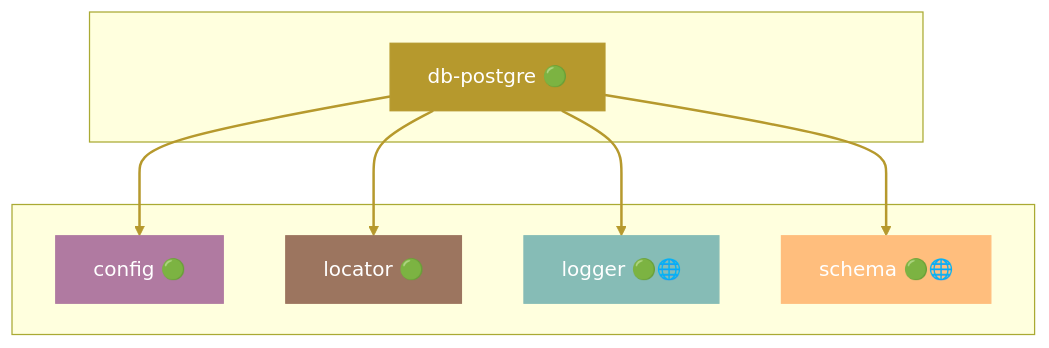
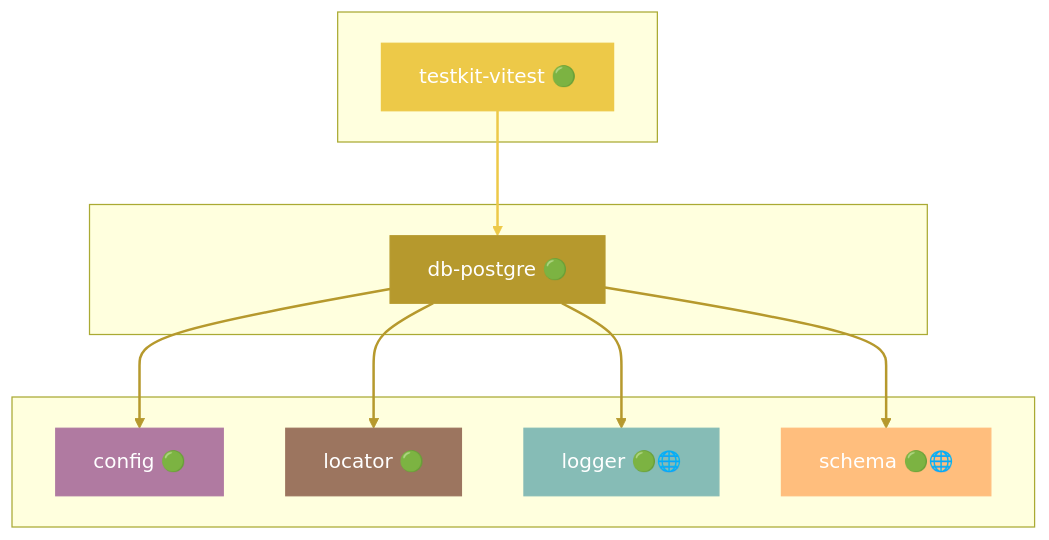
Diagram 14 of 46 in docs/DEPENDENCIES.md (grest-ts/grest-ts), drawn with Mermaid before and after one commit. The commit also changed other lines of this file and 6 other files, not shown here.

````diff
--- a/docs/DEPENDENCIES.md
+++ b/docs/DEPENDENCIES.md
@@ -823,25 +845,31 @@
 ```mermaid
 flowchart TB
+    subgraph Dependents[" "]
+        testkit-vitest["testkit-vitest 🟢"]
+    end
     subgraph Package[" "]
         db-postgre["db-postgre 🟢"]
     end
     subgraph Dependencies[" "]
         config["config 🟢"]
         locator["locator 🟢"]
         logger["logger 🟢🌐"]
         schema["schema 🟢🌐"]
     end
+    testkit-vitest --> db-postgre
     db-postgre --> config
     db-postgre --> locator
     db-postgre --> logger
     db-postgre --> schema
     style db-postgre fill:#B6992D,stroke:#B6992D,color:#fff
+    style testkit-vitest fill:#EDC948,stroke:#EDC948,color:#fff
     style config fill:#B07AA1,stroke:#B07AA1,color:#fff
     style locator fill:#9C755F,stroke:#9C755F,color:#fff
     style logger fill:#86BCB6,stroke:#86BCB6,color:#fff
     style schema fill:#FFBE7D,stroke:#FFBE7D,color:#fff
-    linkStyle 0 stroke:#B6992D,stroke-width:2px
+    linkStyle 0 stroke:#EDC948,stroke-width:2px
     linkStyle 1 stroke:#B6992D,stroke-width:2px
     linkStyle 2 stroke:#B6992D,stroke-width:2px
     linkStyle 3 stroke:#B6992D,stroke-width:2px
+    linkStyle 4 stroke:#B6992D,stroke-width:2px
 ```
````
